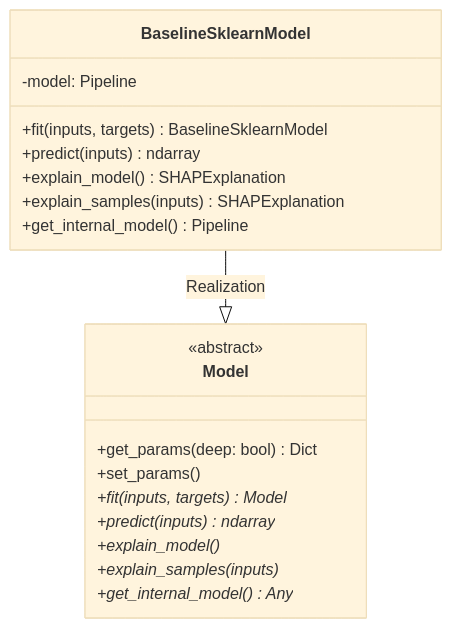
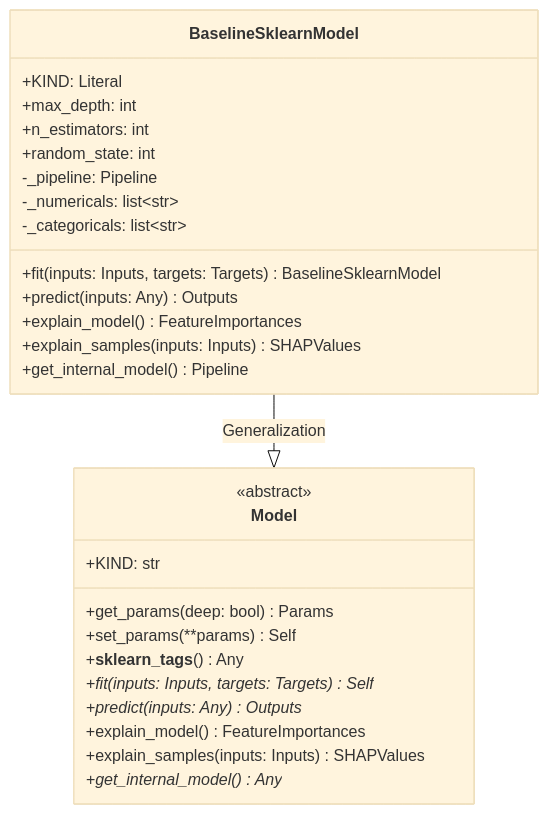
The first of 2 diagrams in openwiki/modules/regression_model_template/core/models.md (lgcorzo/mlops-python-package), drawn with Mermaid (base theme) before and after one commit. The commit also changed other lines of this file and 32 other files, not shown here.

Commit message:
docs: enhance models specification with detailed UML 2.0 Class/Sequence diagrams and fix relative link conversion

````diff
--- a/openwiki/modules/regression_model_template/core/models.md
+++ b/openwiki/modules/regression_model_template/core/models.md
@@ -26,24 +26,32 @@
 ```mermaid
 classDiagram
     direction BT
     class Model {
         <<abstract>>
-        +get_params(deep: bool) Dict
-        +set_params()
-        +fit(inputs, targets)* Model
-        +predict(inputs)* ndarray
-        +explain_model()*
-        +explain_samples(inputs)*
+        +KIND: str
+        +get_params(deep: bool) Params
+        +set_params(**params) Self
+        +__sklearn_tags__() Any
+        +fit(inputs: Inputs, targets: Targets)* Self
+        +predict(inputs: Any)* Outputs
+        +explain_model() FeatureImportances
+        +explain_samples(inputs: Inputs) SHAPValues
         +get_internal_model()* Any
     }
     class BaselineSklearnModel {
-        -model: Pipeline
-        +fit(inputs, targets) BaselineSklearnModel
-        +predict(inputs) ndarray
-        +explain_model() SHAPExplanation
-        +explain_samples(inputs) SHAPExplanation
+        +KIND: Literal
+        +max_depth: int
+        +n_estimators: int
+        +random_state: int
+        -_pipeline: Pipeline
+        -_numericals: list~str~
+        -_categoricals: list~str~
+        +fit(inputs: Inputs, targets: Targets) BaselineSklearnModel
+        +predict(inputs: Any) Outputs
+        +explain_model() FeatureImportances
+        +explain_samples(inputs: Inputs) SHAPValues
         +get_internal_model() Pipeline
     }
 
-    Model <|-- BaselineSklearnModel : Realization
+    Model <|-- BaselineSklearnModel : Generalization
 ```
````
